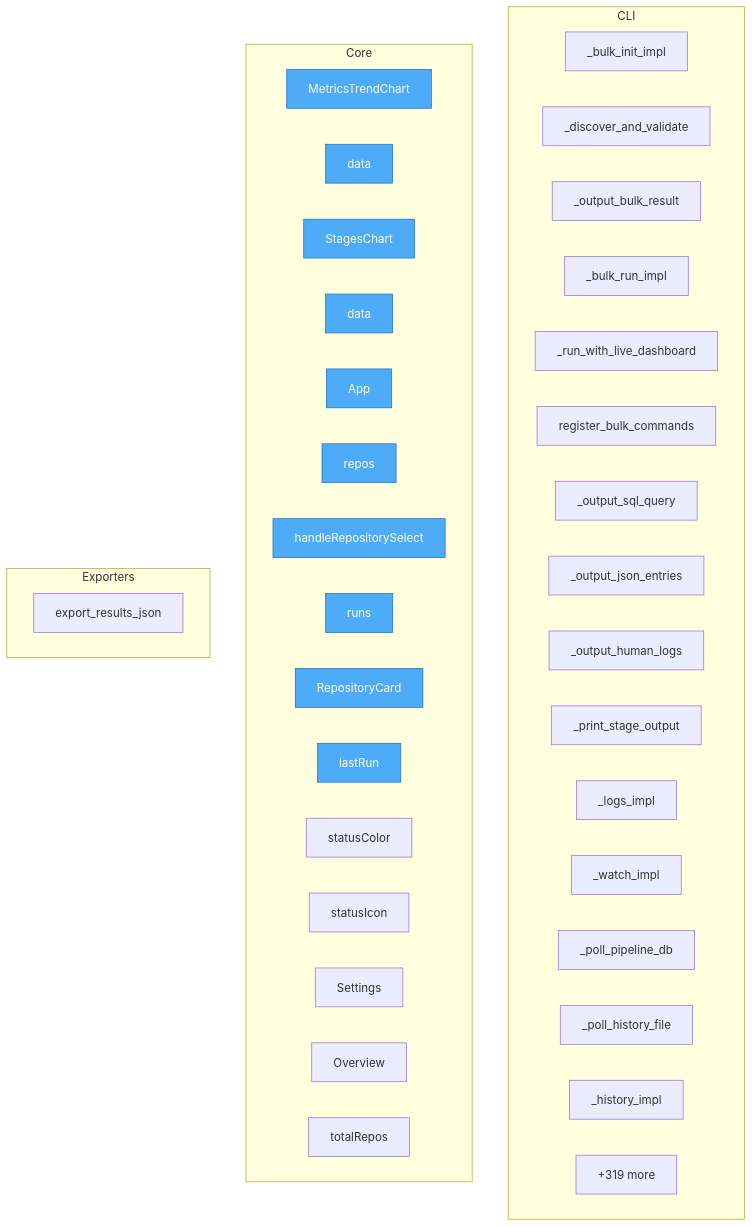
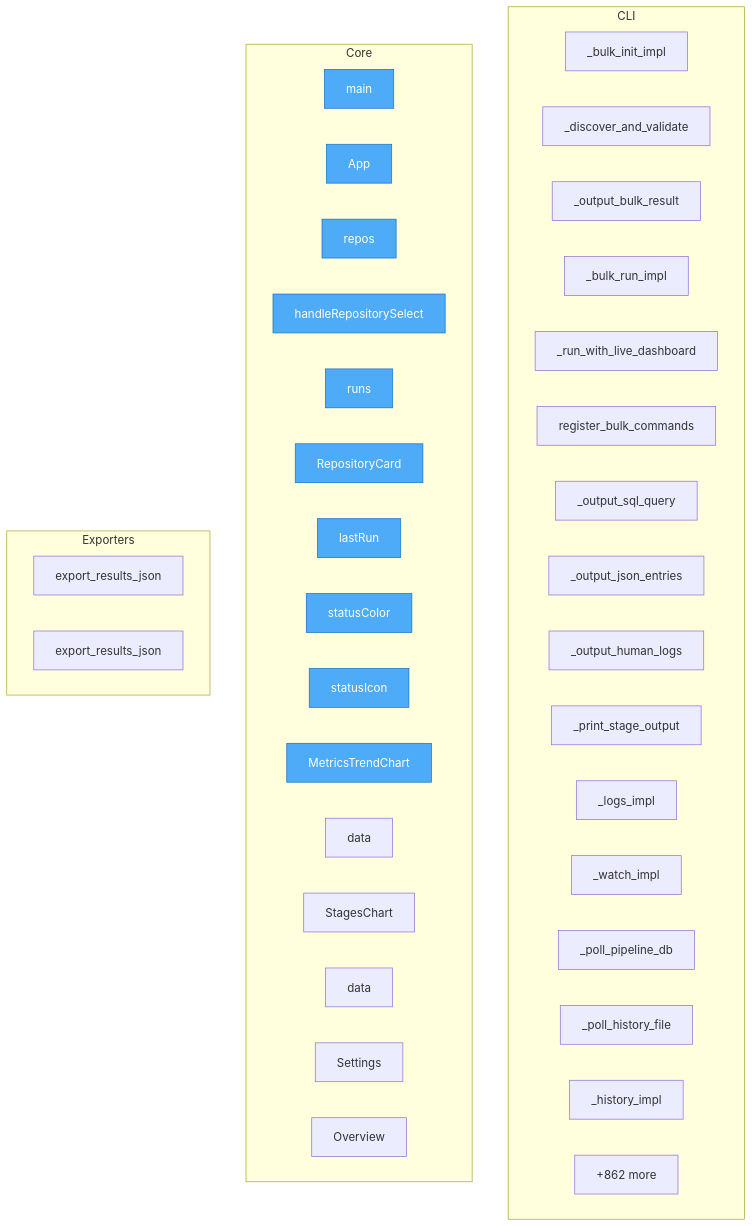
One commit to semcod/pyqual changed the diagram in project/flow.mmd. Above: the diagram before and after it, drawn with Mermaid. The commit also changed 34 other files, not shown here.

```diff
--- a/project/flow.mmd
+++ b/project/flow.mmd
@@ -1,48 +1,49 @@
 flowchart TD
 
     %% Entry points (blue)
     classDef entry fill:#4dabf7,stroke:#1971c2,color:#fff
 
     subgraph CLI
         pyqual__cli_bulk_cmds___bulk_init_impl["_bulk_init_impl"]
         pyqual__cli_bulk_cmds___discover_and_validate["_discover_and_validate"]
         pyqual__cli_bulk_cmds___output_bulk_result["_output_bulk_result"]
         pyqual__cli_bulk_cmds___bulk_run_impl["_bulk_run_impl"]
         pyqual__cli_bulk_cmds___run_with_live_dashboard["_run_with_live_dashboard"]
         pyqual__cli_bulk_cmds__register_bulk_commands["register_bulk_commands"]
         pyqual__cli_observe___output_sql_query["_output_sql_query"]
         pyqual__cli_observe___output_json_entries["_output_json_entries"]
         pyqual__cli_observe___output_human_logs["_output_human_logs"]
         pyqual__cli_observe___print_stage_output["_print_stage_output"]
         pyqual__cli_observe___logs_impl["_logs_impl"]
         pyqual__cli_observe___watch_impl["_watch_impl"]
         pyqual__cli_observe___poll_pipeline_db["_poll_pipeline_db"]
         pyqual__cli_observe___poll_history_file["_poll_history_file"]
         pyqual__cli_observe___history_impl["_history_impl"]
-        ...["+85 more"]
+        ...["+88 more"]
     end
 
     subgraph Core
-        dashboard__src__components__MetricsTrendChart__MetricsTrendChart["MetricsTrendChart"]
-        dashboard__src__components__MetricsTrendChart__data["data"]
-        dashboard__src__components__StagesChart__StagesChart["StagesChart"]
-        dashboard__src__components__StagesChart__data["data"]
+        run_analysis__main["main"]
         dashboard__src__App__App["App"]
         dashboard__src__App__repos["repos"]
         dashboard__src__App__handleRepositorySelect["handleRepositorySelect"]
         dashboard__src__App__runs["runs"]
         dashboard__src__App__RepositoryCard["RepositoryCard"]
         dashboard__src__App__lastRun["lastRun"]
         dashboard__src__App__statusColor["statusColor"]
         dashboard__src__App__statusIcon["statusIcon"]
+        dashboard__src__components__MetricsTrendChart__MetricsTrendChart["MetricsTrendChart"]
+        dashboard__src__components__MetricsTrendChart__data["data"]
+        dashboard__src__components__StagesChart__StagesChart["StagesChart"]
+        dashboard__src__components__StagesChart__data["data"]
         dashboard__src__components__Settings__Settings["Settings"]
         dashboard__src__components__Overview__Overview["Overview"]
-        dashboard__src__components__Overview__totalRepos["totalRepos"]
-        ...["+319 more"]
+        ...["+862 more"]
     end
 
     subgraph Exporters
         pyqual__api__export_results_json["export_results_json"]
+        project__map__toon__export_results_json["export_results_json"]
     end
 
-    class dashboard__src__components__MetricsTrendChart__MetricsTrendChart,dashboard__src__components__MetricsTrendChart__data,dashboard__src__components__StagesChart__StagesChart,dashboard__src__components__StagesChart__data,dashboard__src__App__App,dashboard__src__App__repos,dashboard__src__App__handleRepositorySelect,dashboard__src__App__runs,dashboard__src__App__RepositoryCard,dashboard__src__App__lastRun entry
+    class run_analysis__main,dashboard__src__App__App,dashboard__src__App__repos,dashboard__src__App__handleRepositorySelect,dashboard__src__App__runs,dashboard__src__App__RepositoryCard,dashboard__src__App__lastRun,dashboard__src__App__statusColor,dashboard__src__App__statusIcon,dashboard__src__components__MetricsTrendChart__MetricsTrendChart entry
```
